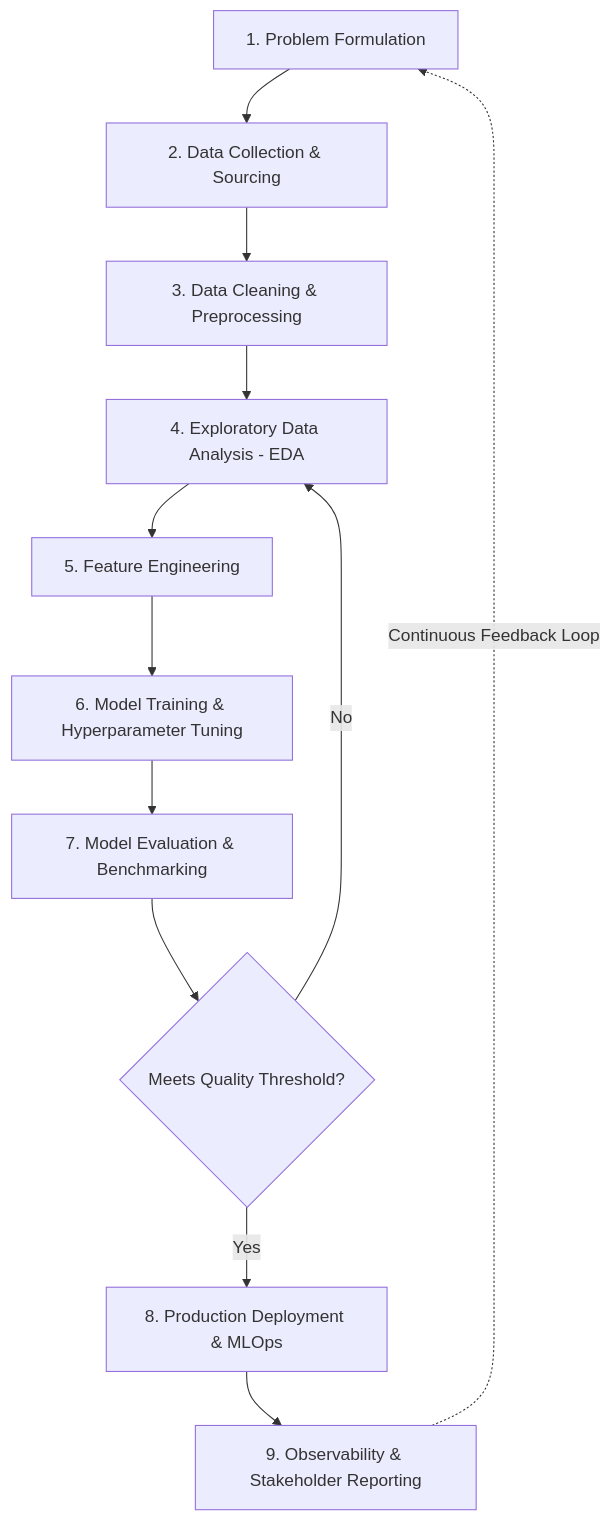
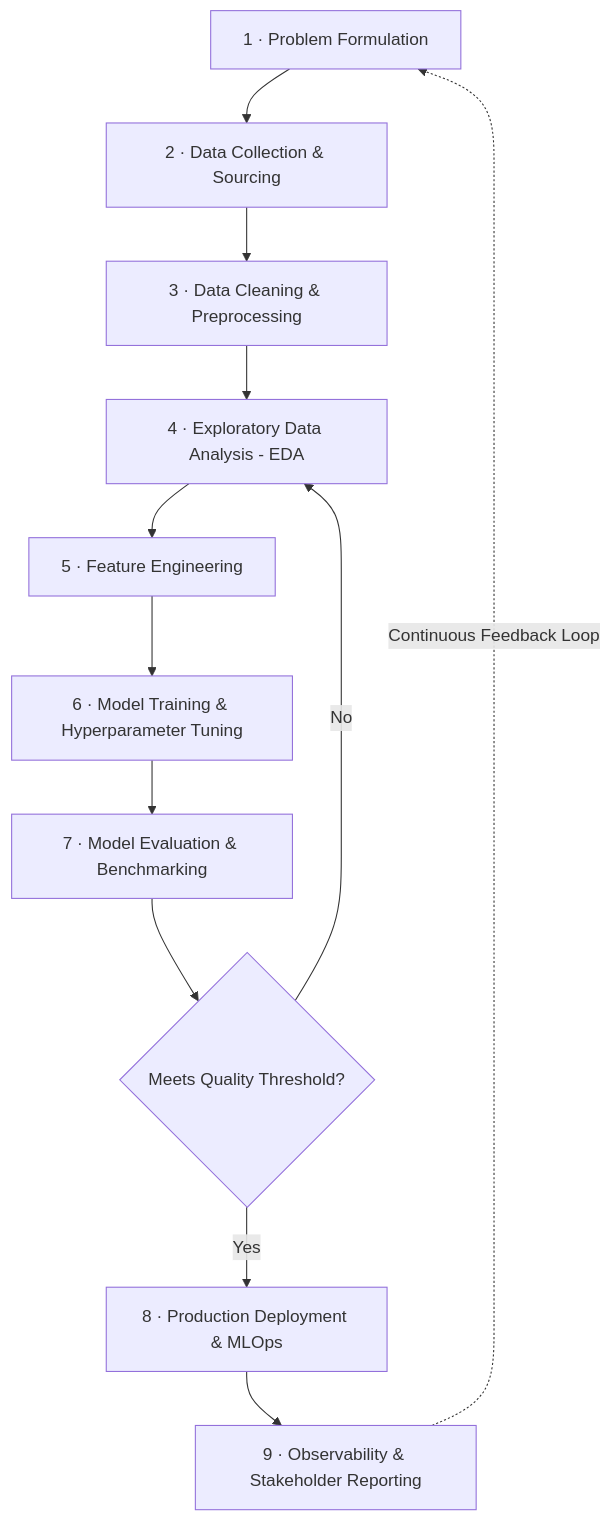
Before and after one commit to darshan-raul/cloudnative-wiki: the diagram in content/AI/inner-workings/phases-in-data-science-process.md, drawn with Mermaid. The commit also changed 94 other files, not shown here.

````diff
--- a/content/AI/inner-workings/phases-in-data-science-process.md
+++ b/content/AI/inner-workings/phases-in-data-science-process.md
@@ -16,14 +16,14 @@
 ```mermaid
 flowchart TD
-    P1[1. Problem Formulation] --> P2[2. Data Collection & Sourcing]
-    P2 --> P3[3. Data Cleaning & Preprocessing]
-    P3 --> P4[4. Exploratory Data Analysis - EDA]
-    P4 --> P5[5. Feature Engineering]
-    P5 --> P6[6. Model Training & Hyperparameter Tuning]
-    P6 --> P7[7. Model Evaluation & Benchmarking]
+    P1[1 · Problem Formulation] --> P2[2 · Data Collection & Sourcing]
+    P2 --> P3[3 · Data Cleaning & Preprocessing]
+    P3 --> P4[4 · Exploratory Data Analysis - EDA]
+    P4 --> P5[5 · Feature Engineering]
+    P5 --> P6[6 · Model Training & Hyperparameter Tuning]
+    P6 --> P7[7 · Model Evaluation & Benchmarking]
     P7 --> EvalCheck{Meets Quality Threshold?}
     EvalCheck -- No --> P4
-    EvalCheck -- Yes --> P8[8. Production Deployment & MLOps]
-    P8 --> P9[9. Observability & Stakeholder Reporting]
+    EvalCheck -- Yes --> P8[8 · Production Deployment & MLOps]
+    P8 --> P9[9 · Observability & Stakeholder Reporting]
     P9 -.->|Continuous Feedback Loop| P1
 ```
````
